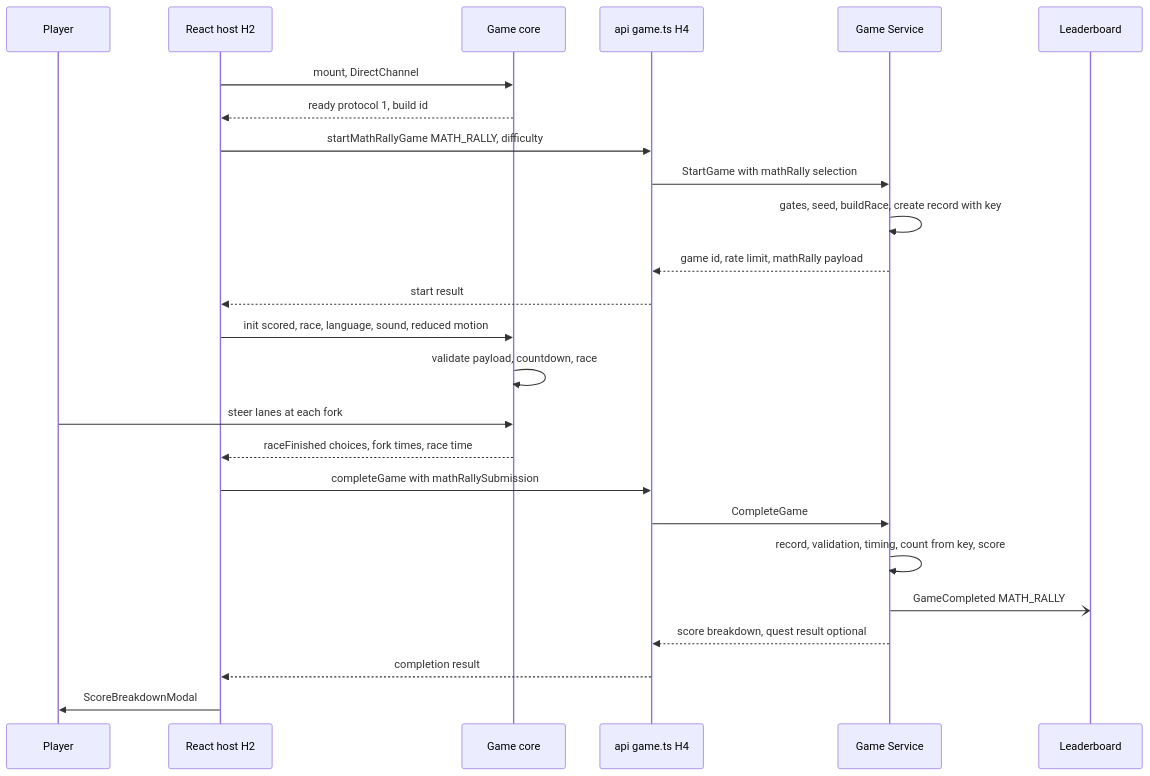
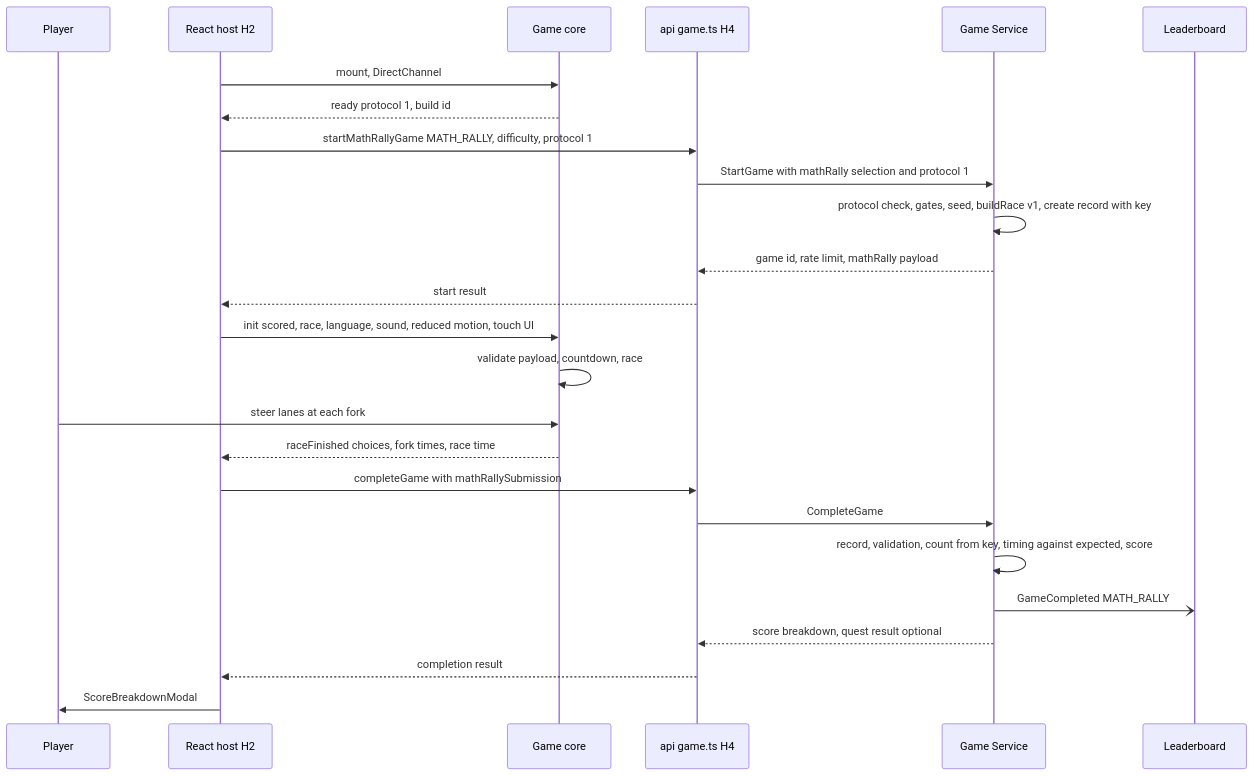
The second of 3 diagrams in aidlc-docs/inception/application-design/math-kart-component-dependency.md (dtuleski/turbo-town), drawn with Mermaid before and after one commit. The commit also changed other lines of this file and 10 other files, not shown here.

````diff
--- a/aidlc-docs/inception/application-design/math-kart-component-dependency.md
+++ b/aidlc-docs/inception/application-design/math-kart-component-dependency.md
@@ -117,27 +119,27 @@
 ```mermaid
 sequenceDiagram
     participant P as Player
     participant H as React host H2
     participant G as Game core
     participant A as api game.ts H4
     participant S as Game Service
     participant L as Leaderboard
     H->>G: mount, DirectChannel
     G-->>H: ready protocol 1, build id
-    H->>A: startMathRallyGame MATH_RALLY, difficulty
-    A->>S: StartGame with mathRally selection
-    S->>S: gates, seed, buildRace, create record with key
+    H->>A: startMathRallyGame MATH_RALLY, difficulty, protocol 1
+    A->>S: StartGame with mathRally selection and protocol 1
+    S->>S: protocol check, gates, seed, buildRace v1, create record with key
     S-->>A: game id, rate limit, mathRally payload
     A-->>H: start result
-    H->>G: init scored, race, language, sound, reduced motion
+    H->>G: init scored, race, language, sound, reduced motion, touch UI
     G->>G: validate payload, countdown, race
     P->>G: steer lanes at each fork
     G-->>H: raceFinished choices, fork times, race time
     H->>A: completeGame with mathRallySubmission
     A->>S: CompleteGame
-    S->>S: record, validation, timing, count from key, score
+    S->>S: record, validation, count from key, timing against expected, score
     S-)L: GameCompleted MATH_RALLY
     S-->>A: score breakdown, quest result optional
     A-->>H: completion result
     H->>P: ScoreBreakdownModal
 ```
````
